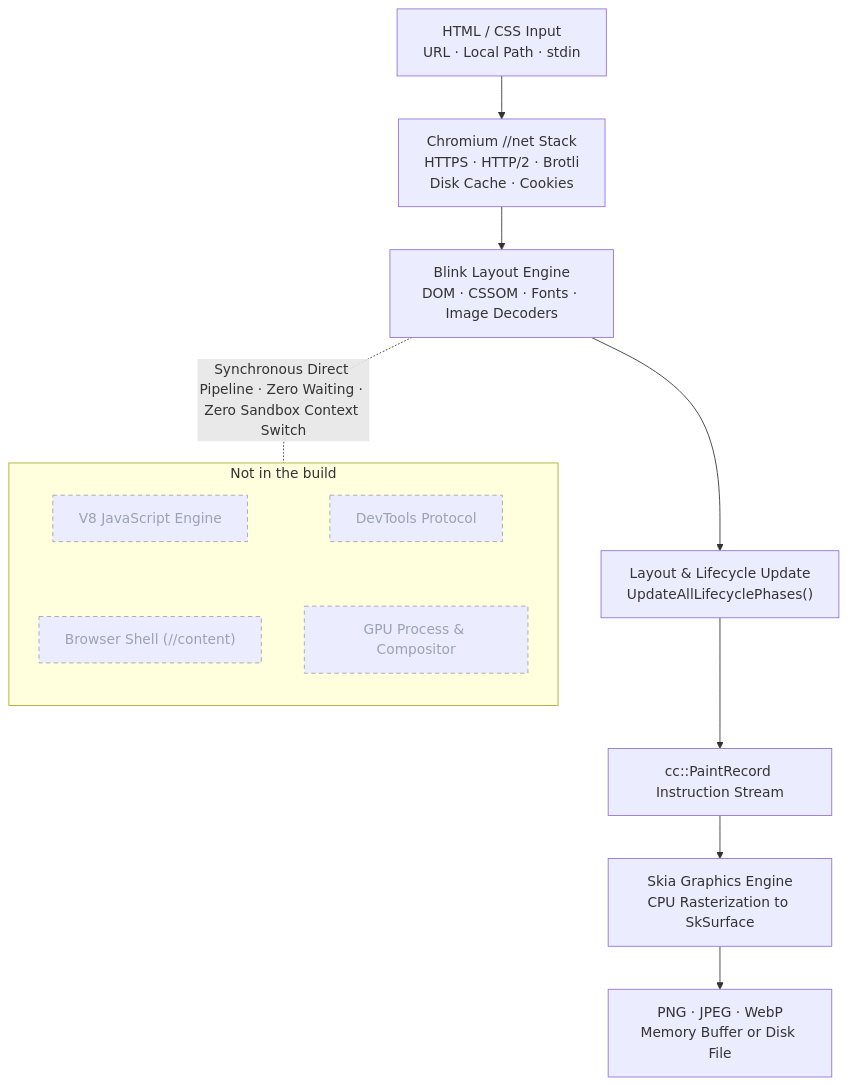
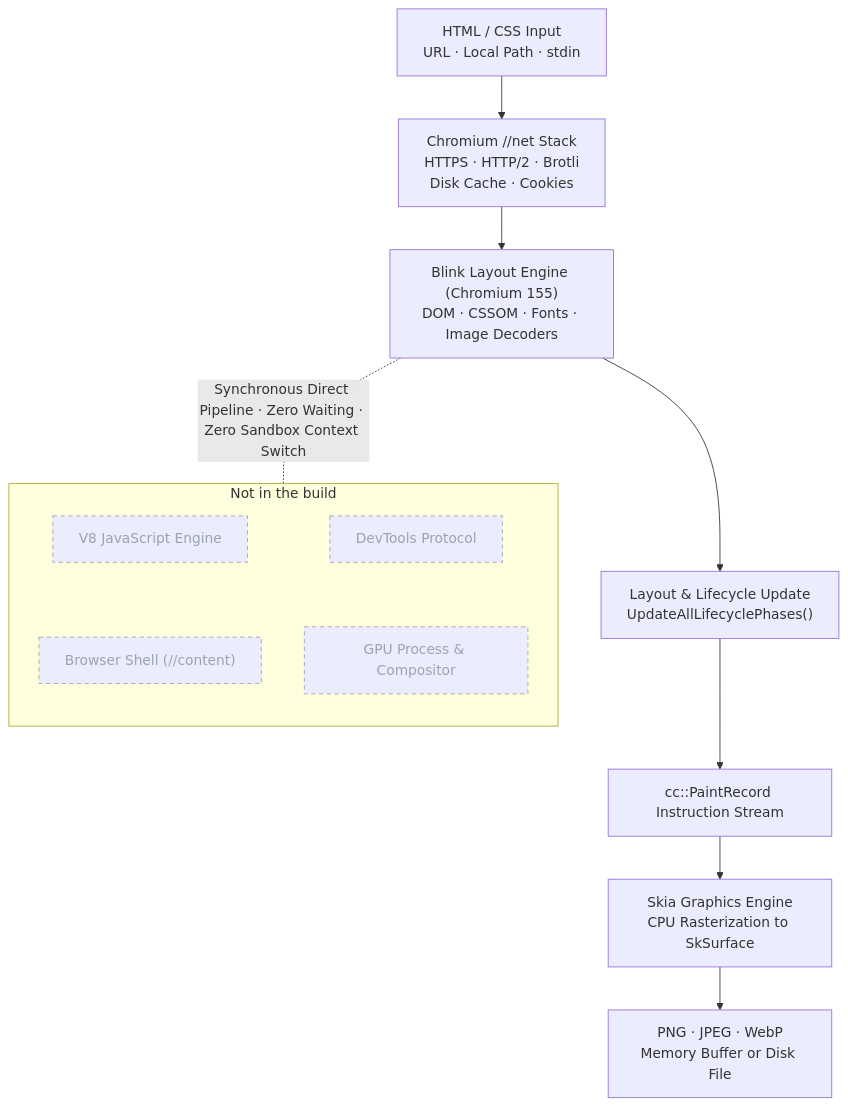
Before and after one commit to sj817/shotium: the second of 2 diagrams in README.md, drawn with Mermaid. The commit also changed other lines of this file and 105 other files, not shown here.

````diff
--- a/README.md
+++ b/README.md
@@ -622,27 +315,27 @@
 ```mermaid
 flowchart TB
     IN["HTML / CSS Input<br/>URL · Local Path · stdin"]
     NET["Chromium //net Stack<br/>HTTPS · HTTP/2 · Brotli<br/>Disk Cache · Cookies"]
-    BLINK["Blink Layout Engine<br/>DOM · CSSOM · Fonts · Image Decoders"]
+    BLINK["Blink Layout Engine (Chromium 155)<br/>DOM · CSSOM · Fonts · Image Decoders"]
     LIFE["Layout & Lifecycle Update<br/>UpdateAllLifecyclePhases()"]
     REC["cc::PaintRecord Instruction Stream"]
     SKIA["Skia Graphics Engine<br/>CPU Rasterization to SkSurface"]
     OUT["PNG · JPEG · WebP<br/>Memory Buffer or Disk File"]
 
     IN --> NET --> BLINK --> LIFE --> REC --> SKIA --> OUT
 
     subgraph cut["Not in the build"]
         direction TB
         V8["V8 JavaScript Engine"]
         SHELL["Browser Shell (//content)"]
         DEVTOOLS["DevTools Protocol"]
         GPU["GPU Process & Compositor"]
         V8 ~~~ SHELL
         DEVTOOLS ~~~ GPU
     end
 
     BLINK -. "Synchronous Direct Pipeline · Zero Waiting · Zero Sandbox Context Switch" .- cut
 
     classDef gone stroke-dasharray: 5 4,color:#9aa3af,stroke:#9aa3af
     class V8,SHELL,DEVTOOLS,GPU gone
 ```
````
